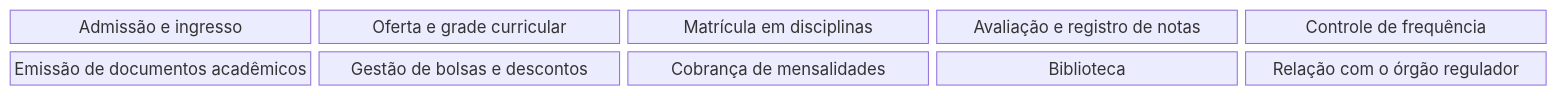
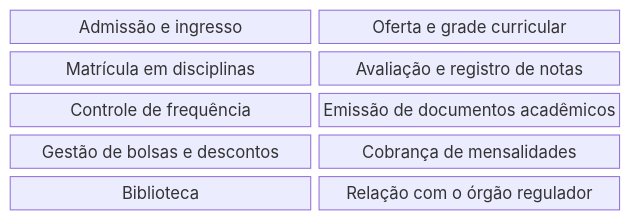
One commit to aulas-marco/projeto-arquitetura-software changed the first of 3 diagrams in docs/modulo-4-dominios-da-solucao/bloco-1-arquitetura-de-negocio.md. Above: the diagram before and after it, drawn with Mermaid. The commit also changed other lines of this file and 36 other files, not shown here.

First line of the commit message:
docs(aula-4): arquitetura de dados com DMBOK e diagramas legiveis

````diff
--- a/docs/modulo-4-dominios-da-solucao/bloco-1-arquitetura-de-negocio.md
+++ b/docs/modulo-4-dominios-da-solucao/bloco-1-arquitetura-de-negocio.md
@@ -164,14 +164,14 @@
 ```mermaid
 block-beta
-    columns 5
+    columns 2
     C1["Admissão e ingresso"]
     C2["Oferta e grade curricular"]
     C3["Matrícula em disciplinas"]
     C4["Avaliação e registro de notas"]
     C5["Controle de frequência"]
     C6["Emissão de documentos acadêmicos"]
     C7["Gestão de bolsas e descontos"]
     C8["Cobrança de mensalidades"]
     C9["Biblioteca"]
     C10["Relação com o órgão regulador"]
 ```
````
